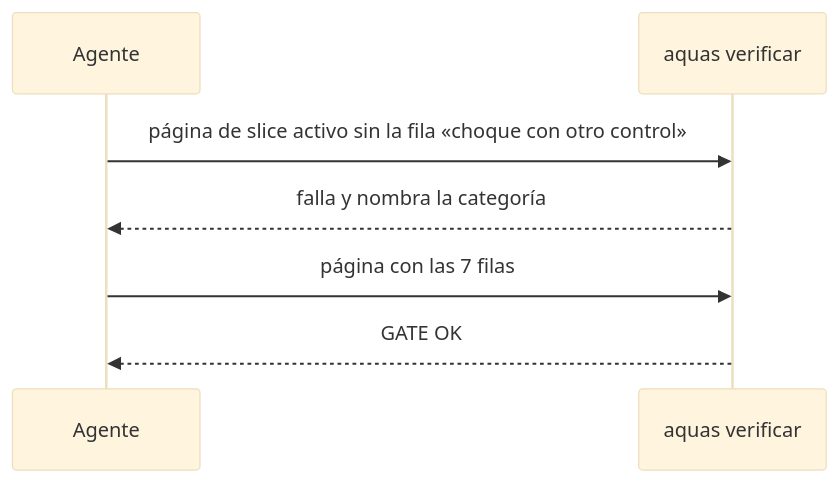
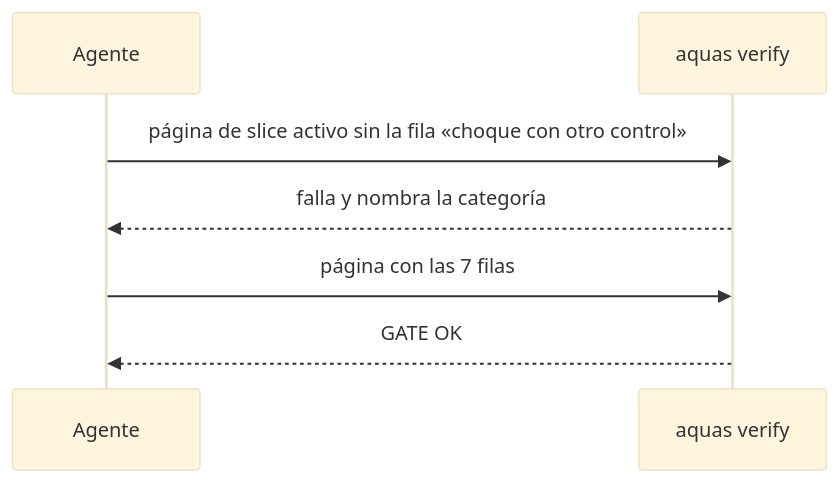
One commit to jliberal-aquas/aquas-central-harness-government changed the diagram in docs/E001/F012/S001.md. Above: the diagram before and after it, drawn with Mermaid (base theme). The commit also changed other lines of this file and 184 other files, not shown here.

````diff
--- a/docs/E001/F012/S001.md
+++ b/docs/E001/F012/S001.md
@@ -73,9 +73,9 @@
 ```mermaid
 sequenceDiagram
     participant A as Agente
-    participant G as aquas verificar
+    participant G as aquas verify
     A->>G: página de slice activo sin la fila «choque con otro control»
     G-->>A: falla y nombra la categoría
     A->>G: página con las 7 filas
     G-->>A: GATE OK
 ```
````
